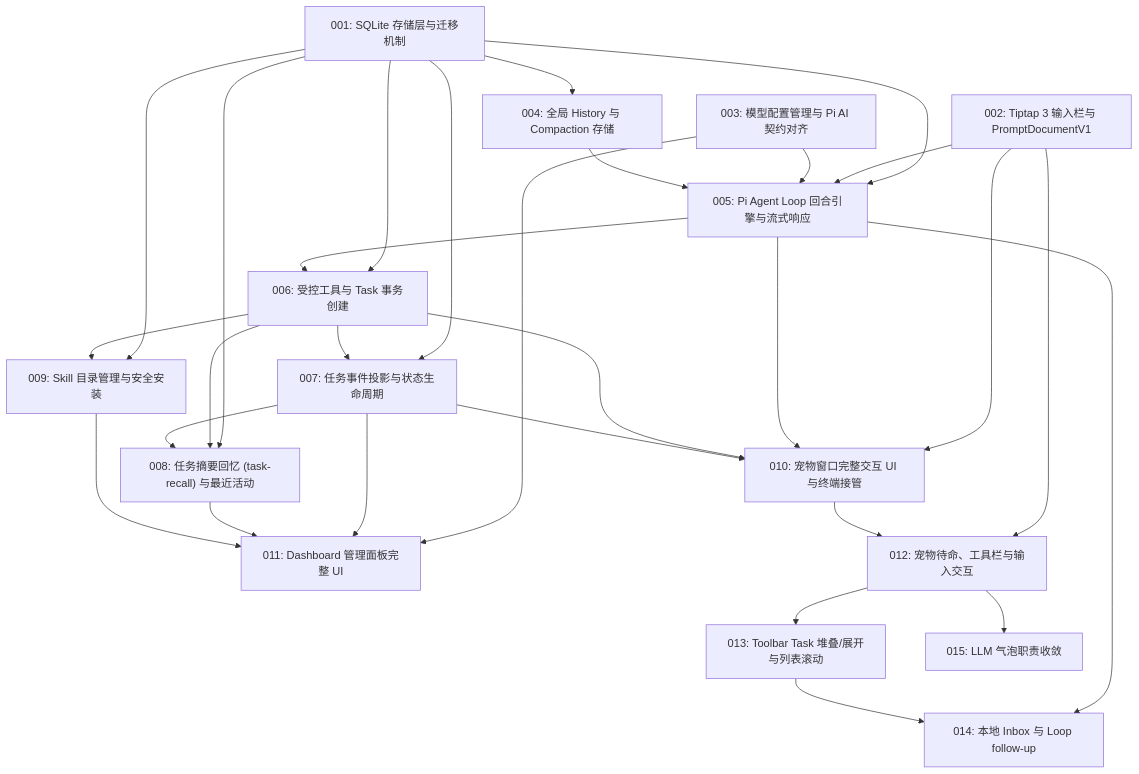
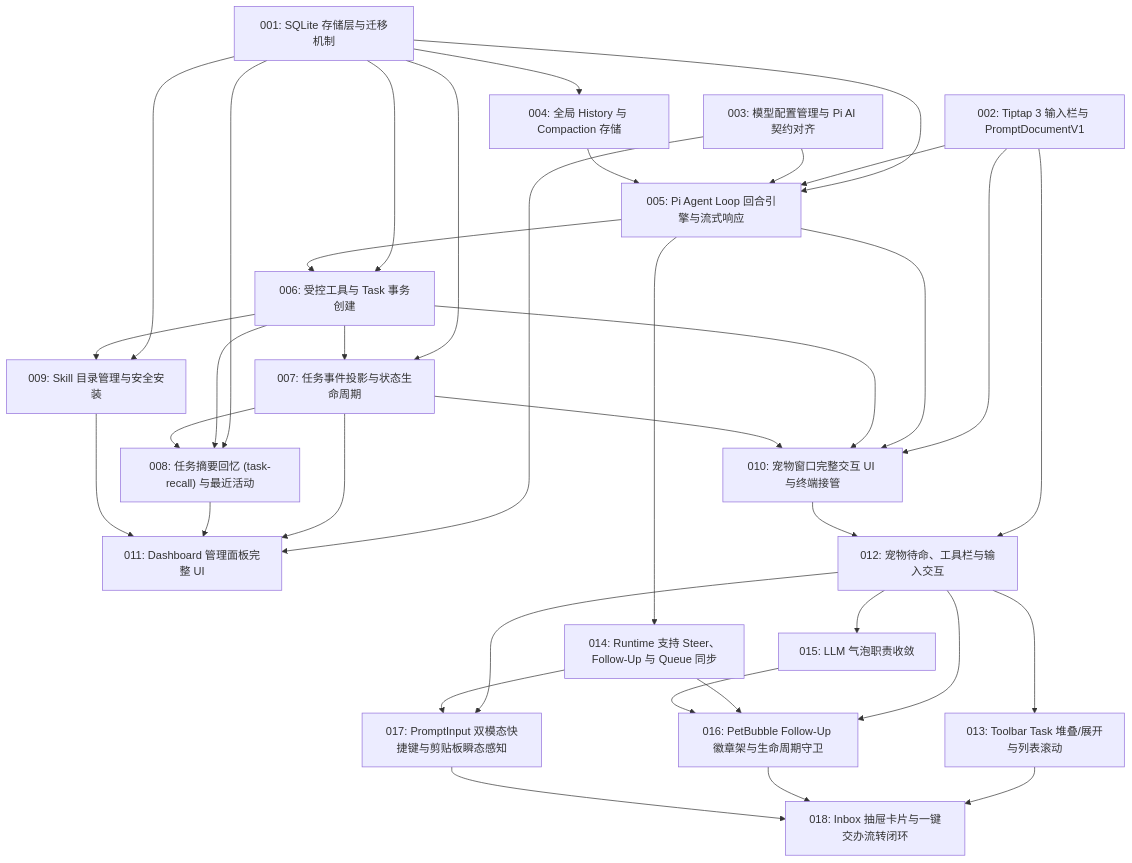
The diagram in docs/tickets/m2/README.md (edisonLzy/Rover), drawn with Mermaid before and after one commit. The commit also changed other lines of this file and 6 other files, not shown here.

Commit message:
[文档] [2] 确立 ADR-0018 多源输入与 Steer/Follow-Up 双模态架构并拆解 M2 任务 Tickets

````diff
--- a/docs/tickets/m2/README.md
+++ b/docs/tickets/m2/README.md
@@ -12,56 +12,66 @@
 ```mermaid
 flowchart TD
   T001["001: SQLite 存储层与迁移机制"]
   T002["002: Tiptap 3 输入栏与 PromptDocumentV1"]
   T003["003: 模型配置管理与 Pi AI 契约对齐"]
 
   T004["004: 全局 History 与 Compaction 存储"]
   T001 --> T004
 
   T005["005: Pi Agent Loop 回合引擎与流式响应"]
   T001 --> T005
   T002 --> T005
   T003 --> T005
   T004 --> T005
 
 
   T006["006: 受控工具与 Task 事务创建"]
   T001 --> T006
   T005 --> T006
 
   T007["007: 任务事件投影与状态生命周期"]
   T001 --> T007
   T006 --> T007
 
   T008["008: 任务摘要回忆 (task-recall) 与最近活动"]
   T001 --> T008
   T006 --> T008
   T007 --> T008
 
   T009["009: Skill 目录管理与安全安装"]
   T001 --> T009
   T006 --> T009
 
   T010["010: 宠物窗口完整交互 UI 与终端接管"]
   T002 --> T010
   T005 --> T010
   T006 --> T010
   T007 --> T010
 
   T011["011: Dashboard 管理面板完整 UI"]
   T003 --> T011
   T007 --> T011
   T008 --> T011
   T009 --> T011
 
   T012["012: 宠物待命、工具栏与输入交互"]
   T002 --> T012
   T010 --> T012
   T013["013: Toolbar Task 堆叠/展开与列表滚动"]
   T012 --> T013
-  T014["014: 本地 Inbox 与 Loop follow-up"]
+  T014["014: Runtime 支持 Steer、Follow-Up 与 Queue 同步"]
   T005 --> T014
-  T013 --> T014
   T015["015: LLM 气泡职责收敛"]
   T012 --> T015
+  T016["016: PetBubble Follow-Up 徽章架与生命周期守卫"]
+  T012 --> T016
+  T014 --> T016
+  T015 --> T016
+  T017["017: PromptInput 双模态快捷键与剪贴板瞬态感知"]
+  T012 --> T017
+  T014 --> T017
+  T018["018: Inbox 抽屉卡片与一键交办流转闭环"]
+  T013 --> T018
+  T016 --> T018
+  T017 --> T018
 ```
````
